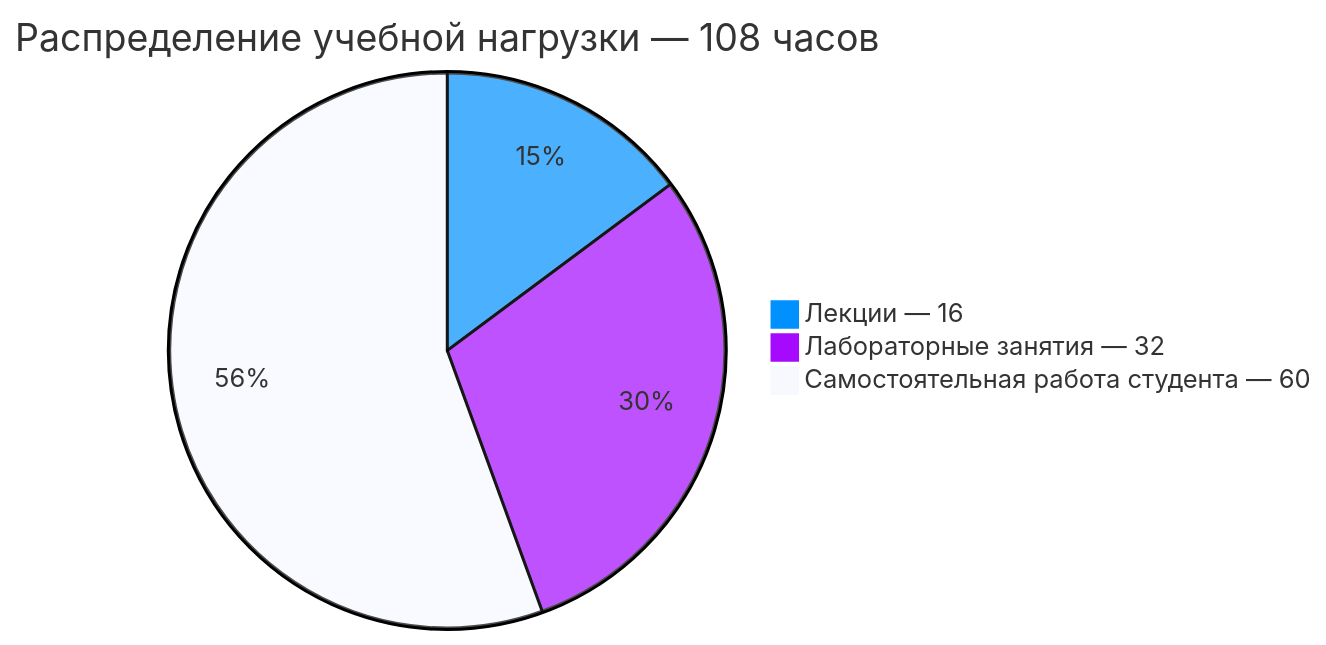
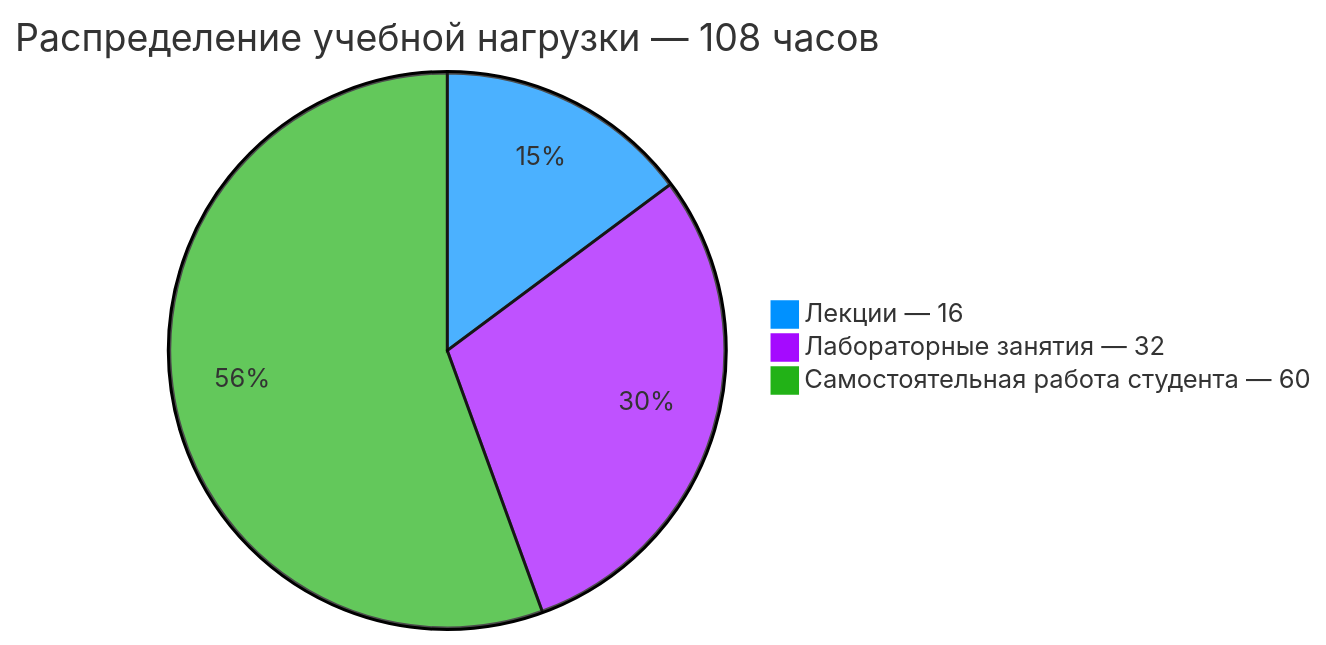
Before and after one commit to nolan-xnd/ITMO: the diagram in Семестр 03/Языки программирования/README.md, drawn with Mermaid.

Commit message:
Fix Mermaid colors

````diff
--- a/Семестр 03/Языки программирования/README.md
+++ b/Семестр 03/Языки программирования/README.md
@@ -10,16 +10,16 @@
 ```mermaid
 ---
 config:
     theme: base
     themeVariables:
-        pie1: '#0091FF'
-        pie2: '#A50AFF'
-        pie4: '#35c92a'
+        pie1: '#0091ff'
+        pie2: '#a50aff'
+        pie3: '#22b217'
     pieOpacity: 1
 ---
 pie 
     title Распределение учебной нагрузки — 108 часов
     "Лекции — 16" : 16
     "Лабораторные занятия — 32" : 32
     "Самостоятельная работа студента — 60" : 60
 ```
````
